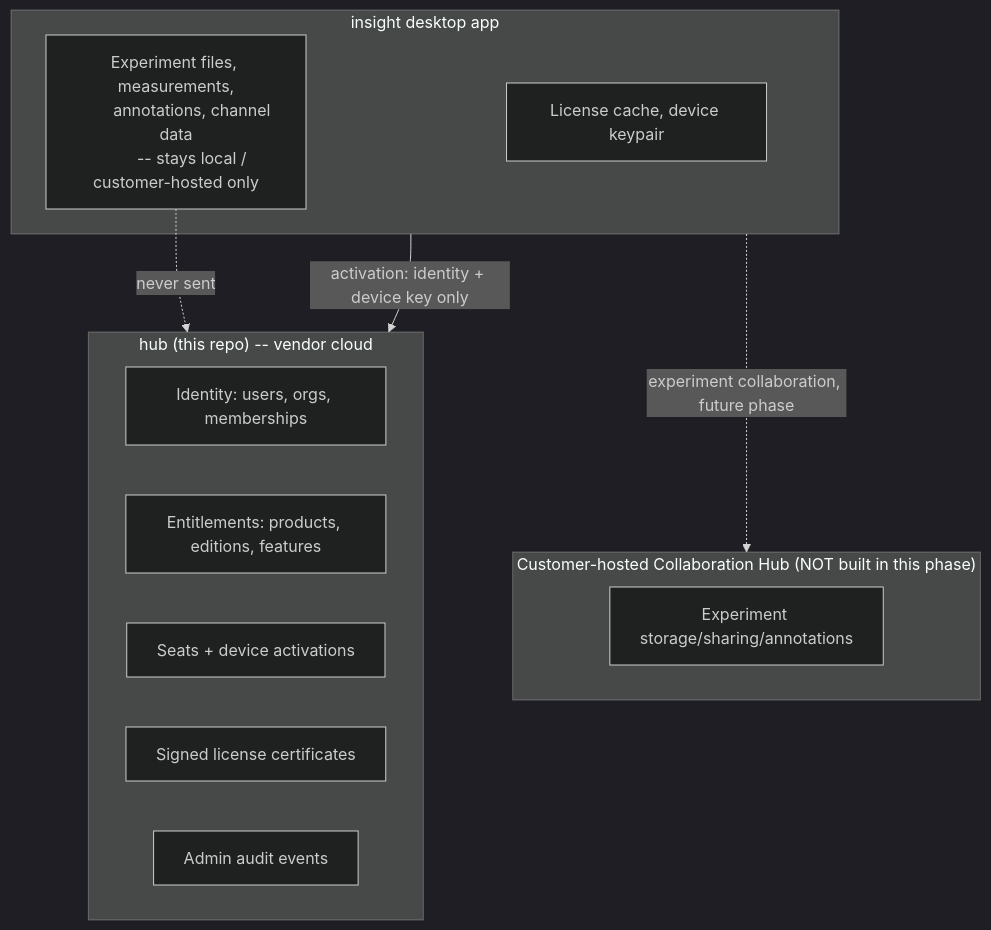
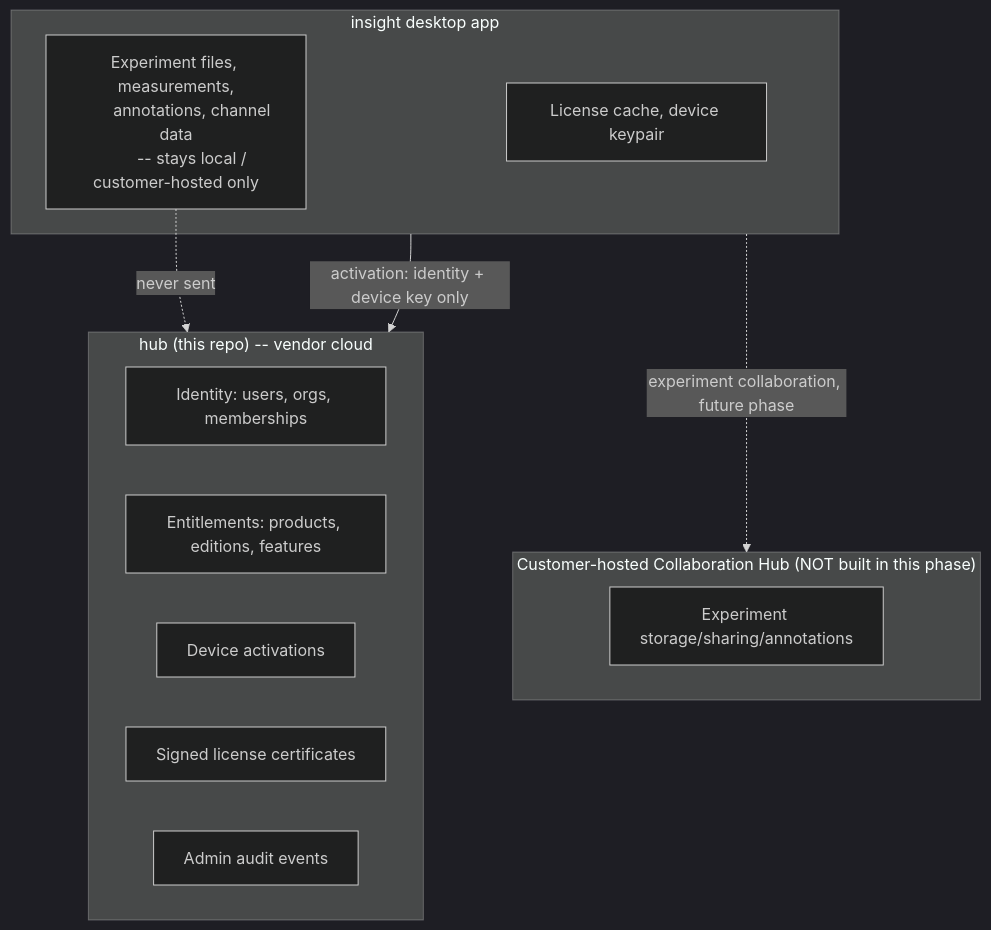
Before and after one commit to MiguelQr/deepvac-hub: the diagram in docs/privacy.md, drawn with Mermaid (dark theme). The commit also changed 34 other files, not shown here.

````diff
--- a/docs/privacy.md
+++ b/docs/privacy.md
@@ -14,25 +14,25 @@
 ```mermaid
 flowchart TB
     subgraph Desktop["insight desktop app"]
         Exp[Experiment files, measurements,
         annotations, channel data
         -- stays local / customer-hosted only]
         Lic[License cache, device keypair]
     end
 
     subgraph Cloud["hub (this repo) -- vendor cloud"]
         Idn[Identity: users, orgs, memberships]
         Ent[Entitlements: products, editions, features]
-        Seat[Seats + device activations]
+        Dev[Device activations]
         Cert[Signed license certificates]
         Aud[Admin audit events]
     end
 
     subgraph FutureHub["Customer-hosted Collaboration Hub (NOT built in this phase)"]
         CExp[Experiment storage/sharing/annotations]
     end
 
     Desktop -- "activation: identity + device key only" --> Cloud
     Exp -. never sent .-> Cloud
     Desktop -. "experiment collaboration, future phase" .-> FutureHub
 ```
````
